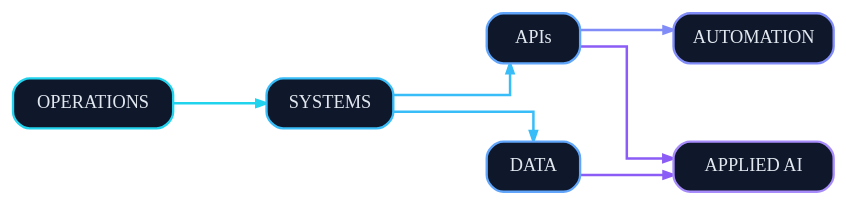
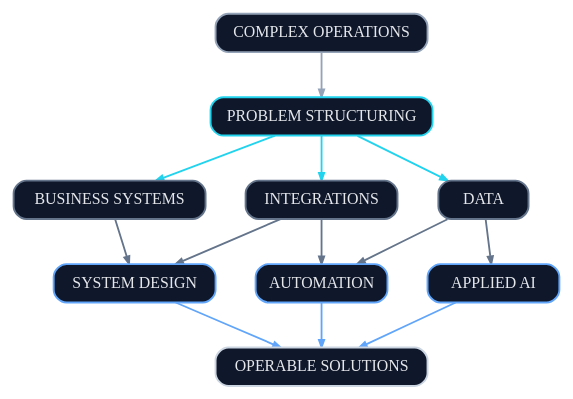
One commit to josaraviam/josaraviam changed the diagram in assets/profile-system-map.dot. Above: the diagram before and after it, drawn with Graphviz.

Commit message:
refactor: model profile hero as a domain map

```diff
--- a/assets/profile-system-map.dot
+++ b/assets/profile-system-map.dot
@@ -1,56 +1,74 @@
-// Source for the profile hero system map.
-// Render with Graphviz: dot -Tsvg assets/profile-system-map.dot -o profile-system-map.svg
-// The rendered graph is composed into assets/profile-hero.svg.
+// Source for the profile hero domain map.
+// Render with Graphviz:
+//   dot -Tsvg assets/profile-system-map.dot -o profile-system-map.svg
+//
+// The generated graph is composed into assets/profile-hero.svg.
 
-digraph ProfileSystemMap {
+digraph ProfileDomainMap {
   graph [
-    rankdir=LR,
+    rankdir=TB,
     bgcolor="transparent",
-    pad="0.15",
+    pad="0.08",
     margin="0",
-    nodesep="0.65",
-    ranksep="0.78",
-    splines=ortho,
+    nodesep="0.34",
+    ranksep="0.38",
+    splines=polyline,
     outputorder=edgesfirst
   ];
 
   node [
     shape=box,
     style="rounded,filled",
     fillcolor="#0F172A",
-    color="#475569",
-    fontcolor="#E2E8F0",
+    fontcolor="#E5E7EB",
     fontname="DejaVu Sans Mono Bold",
-    fontsize=11,
-    penwidth=1.4,
-    margin="0.20,0.12",
-    height=0.42
+    fontsize=9.5,
+    penwidth=1.15,
+    margin="0.13,0.08",
+    height=0.32
   ];
 
   edge [
     color="#64748B",
-    penwidth=1.5,
-    arrowsize=0.6,
+    penwidth=1.1,
+    arrowsize=0.45,
     arrowhead=normal
   ];
 
-  operations [label="OPERATIONS", color="#22D3EE"];
-  systems    [label="SYSTEMS",    color="#38BDF8"];
-  apis       [label="APIs",       color="#60A5FA"];
-  data       [label="DATA",       color="#60A5FA"];
-  automation [label="AUTOMATION", color="#818CF8"];
-  ai         [label="APPLIED AI", color="#A78BFA"];
+  operations   [label="COMPLEX OPERATIONS", color="#94A3B8"];
+  structuring  [label="PROBLEM STRUCTURING", color="#22D3EE"];
 
-  { rank=same; apis; data; }
-  { rank=same; automation; ai; }
+  systems      [label="BUSINESS SYSTEMS", color="#64748B"];
+  integrations [label="INTEGRATIONS", color="#64748B"];
+  data         [label="DATA", color="#64748B"];
 
-  operations -> systems [color="#22D3EE"];
-  systems -> apis [color="#38BDF8"];
-  systems -> data [color="#38BDF8"];
-  apis -> automation [color="#818CF8"];
-  apis -> ai [color="#8B5CF6"];
-  data -> ai [color="#8B5CF6"];
+  design       [label="SYSTEM DESIGN", color="#60A5FA"];
+  automation   [label="AUTOMATION", color="#60A5FA"];
+  ai           [label="APPLIED AI", color="#60A5FA"];
 
-  apis -> data [style=invis, weight=10];
+  outcome      [label="OPERABLE SOLUTIONS", color="#CBD5E1"];
+
+  operations -> structuring [color="#94A3B8"];
+
+  structuring -> systems [color="#22D3EE"];
+  structuring -> integrations [color="#22D3EE"];
+  structuring -> data [color="#22D3EE"];
+
+  systems -> design;
+  integrations -> design;
+  integrations -> automation;
+  data -> automation;
+  data -> ai;
+
+  design -> outcome [color="#60A5FA"];
+  automation -> outcome [color="#60A5FA"];
+  ai -> outcome [color="#60A5FA"];
+
+  { rank=same; systems; integrations; data; }
+  { rank=same; design; automation; ai; }
+
+  systems -> integrations [style=invis, weight=10];
+  integrations -> data [style=invis, weight=10];
+  design -> automation [style=invis, weight=10];
   automation -> ai [style=invis, weight=10];
 }
```
